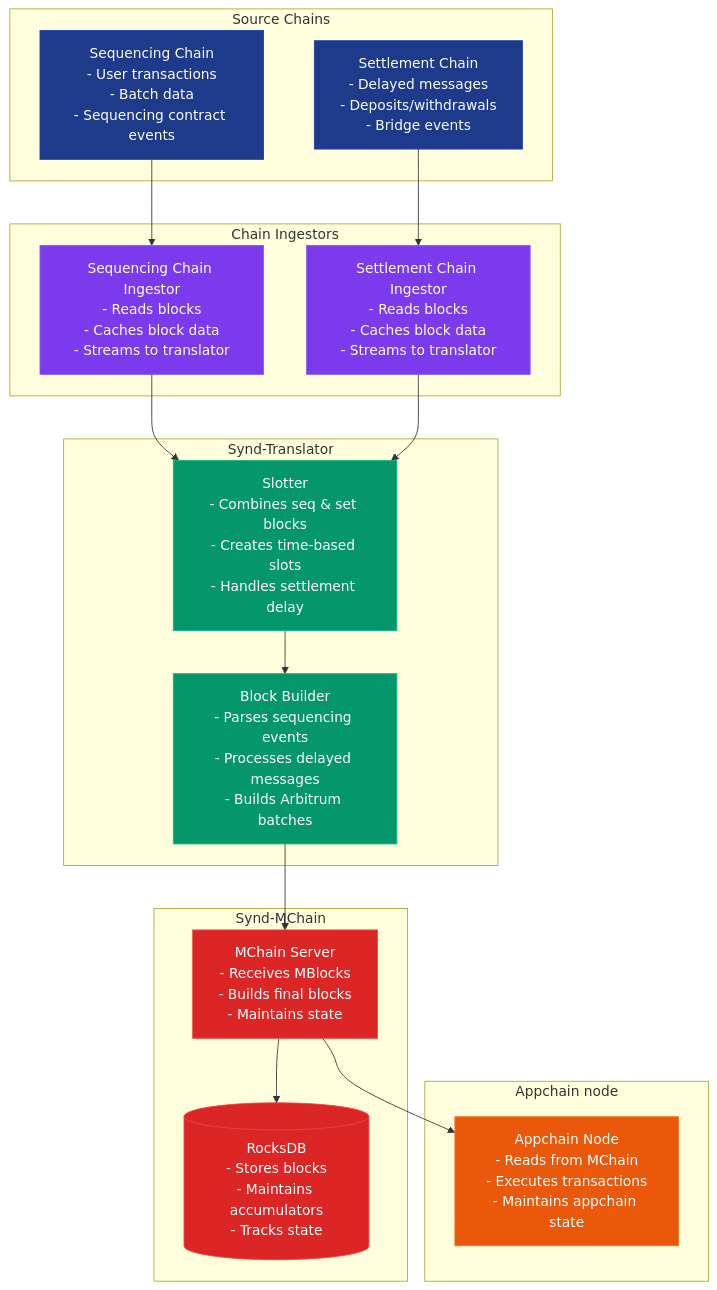
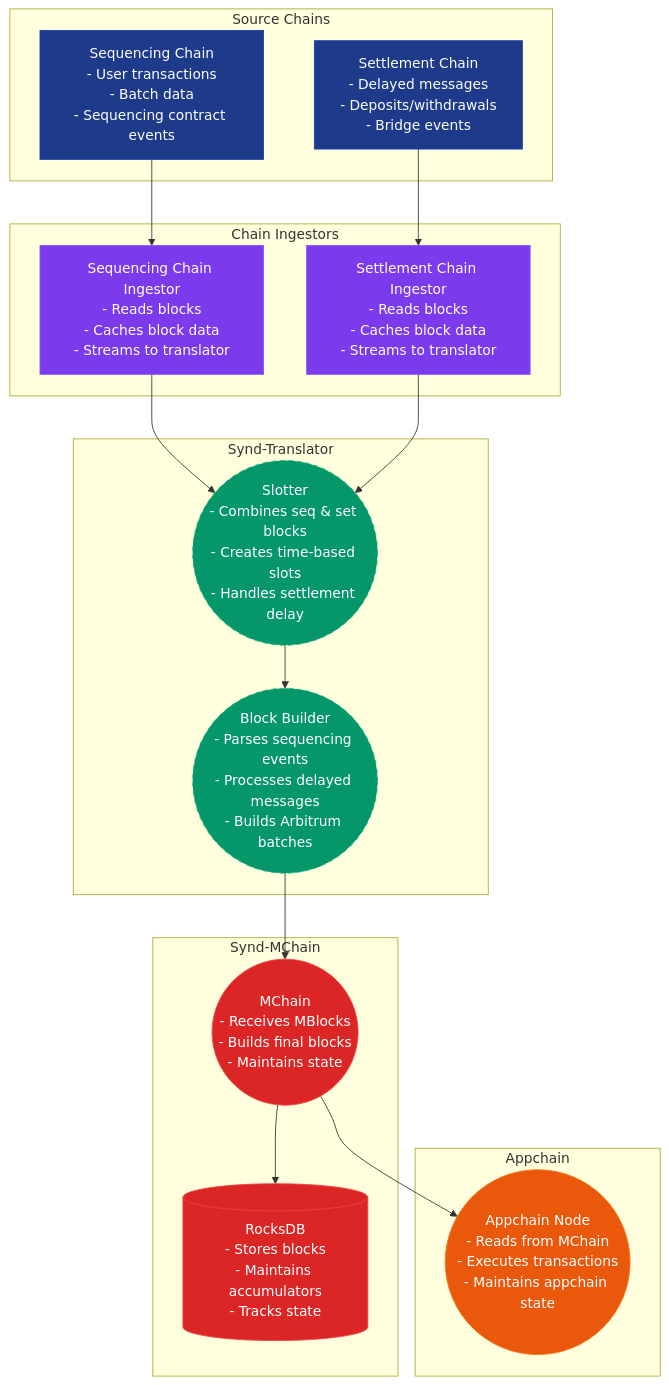
The first of 2 diagrams in synd-translator/README.md (SyndicateProtocol/syndicate-appchains), drawn with Mermaid before and after one commit. The commit also changed other lines of this file and 1 other file, not shown here.

Commit message:
update readme pt2

````diff
--- a/synd-translator/README.md
+++ b/synd-translator/README.md
@@ -17,56 +17,56 @@
 ```mermaid
 graph TB
     %% Source Chains
     subgraph "Source Chains"
         SEQ[Sequencing Chain<br/>- User transactions<br/>- Batch data<br/>- Sequencing contract events]
         SET[Settlement Chain<br/>- Delayed messages<br/>- Deposits/withdrawals<br/>- Bridge events]
     end
 
     %% Chain Ingestors
     subgraph "Chain Ingestors"
         SEQ_ING[Sequencing Chain Ingestor<br/>- Reads blocks<br/>- Caches block data<br/>- Streams to translator]
         SET_ING[Settlement Chain Ingestor<br/>- Reads blocks<br/>- Caches block data<br/>- Streams to translator]
     end
 
     %% Translator Components
     subgraph "Synd-Translator"
-        SLOTTER[Slotter<br/>- Combines seq & set blocks<br/>- Creates time-based slots<br/>- Handles settlement delay]
-        BLOCK_BUILDER[Block Builder<br/>- Parses sequencing events<br/>- Processes delayed messages<br/>- Builds Arbitrum batches]
+        SLOTTER(("Slotter<br/>- Combines seq & set blocks<br/>- Creates time-based slots<br/>- Handles settlement delay"))
+        BLOCK_BUILDER(("Block Builder<br/>- Parses sequencing events<br/>- Processes delayed messages<br/>- Builds Arbitrum batches"))
     end
 
     %% MChain
     subgraph "Synd-MChain"
-        MCHAIN[MChain Server<br/>- Receives MBlocks<br/>- Builds final blocks<br/>- Maintains state]
+        MCHAIN((MChain<br/>- Receives MBlocks<br/>- Builds final blocks<br/>- Maintains state))
         DB[(RocksDB<br/>- Stores blocks<br/>- Maintains accumulators<br/>- Tracks state)]
     end
 
     %% Appchain
-    subgraph "Appchain node"
-        APPCHAIN[Appchain Node<br/>- Reads from MChain<br/>- Executes transactions<br/>- Maintains appchain state]
+    subgraph "Appchain"
+        APPCHAIN(("Appchain Node<br/>- Reads from MChain<br/>- Executes transactions<br/>- Maintains appchain state"))
     end
 
     %% Data Flow
     SEQ --> SEQ_ING
     SET --> SET_ING
 
     SEQ_ING --> SLOTTER
     SET_ING --> SLOTTER
 
     SLOTTER --> BLOCK_BUILDER
     BLOCK_BUILDER --> MCHAIN
     MCHAIN --> DB
     MCHAIN --> APPCHAIN
 
     %% Styling - High contrast for dark mode
     classDef sourceChain fill:#1e3a8a,stroke:#1e40af,color:#ffffff
     classDef ingestor fill:#7c3aed,stroke:#8b5cf6,color:#ffffff
-    classDef translator fill:#059669,stroke:#10b981,color:#ffffff
+    classDef translator fill:#059669,stroke:#10b981,color:#ffffff,stroke-dasharray: 5 5
     classDef mchain fill:#dc2626,stroke:#ef4444,color:#ffffff
     classDef appchain fill:#ea580c,stroke:#f97316,color:#ffffff
 
     class SEQ,SET sourceChain
     class SEQ_ING,SET_ING ingestor
     class SLOTTER,BLOCK_BUILDER translator
     class MCHAIN,DB mchain
     class APPCHAIN appchain
 ```
````
